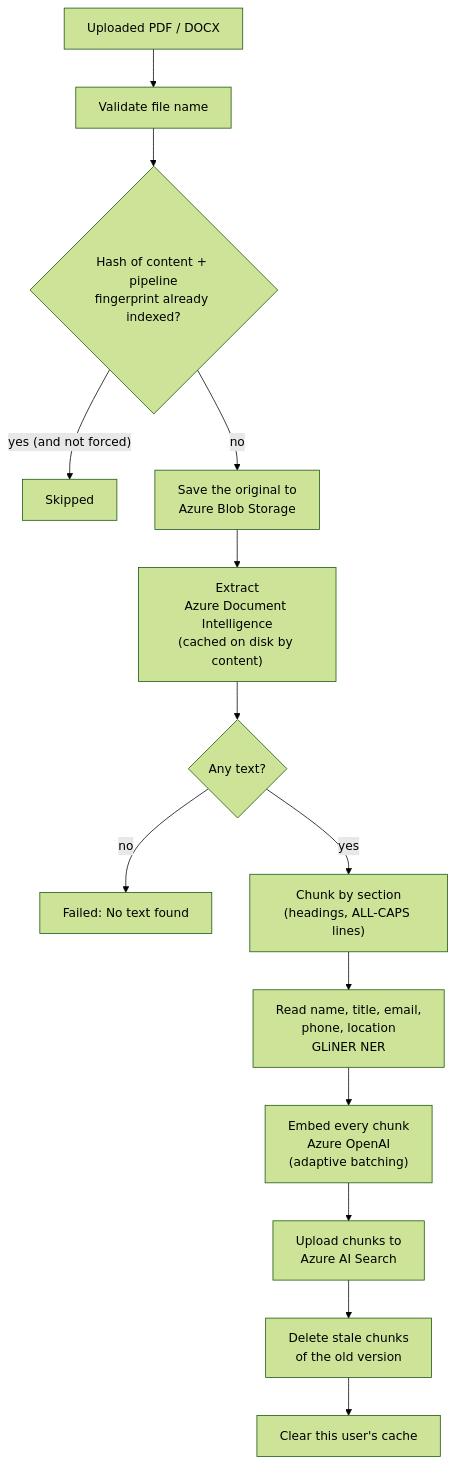
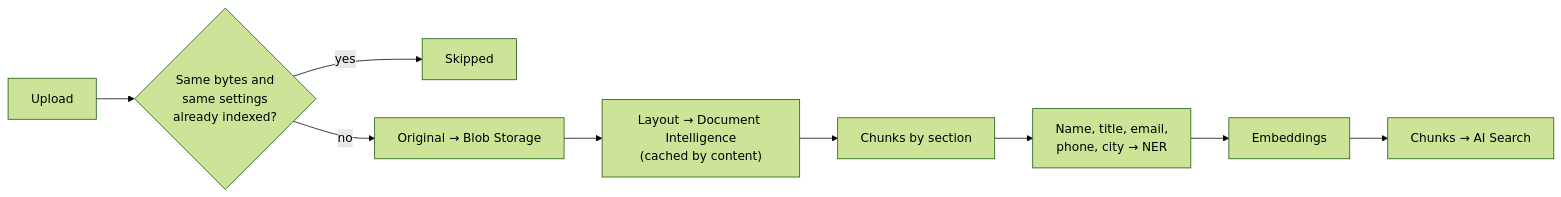
The first of 2 diagrams in README.md (sherif2004/chat-with-cv), drawn with Mermaid (forest theme) before and after one commit. The commit also changed other lines of this file, not shown here.

````diff
--- a/README.md
+++ b/README.md
@@ -114,16 +120,11 @@
 ```mermaid
-flowchart TD
-    A["Uploaded PDF / DOCX"] --> V["Validate file name"]
-    V --> H{"Hash of content + pipeline<br/>fingerprint already indexed?"}
-    H -- "yes (and not forced)" --> Z["Skipped"]
-    H -- no --> O["Save the original to<br/>Azure Blob Storage"]
-    O --> X["Extract<br/>Azure Document Intelligence<br/>(cached on disk by content)"]
-    X --> T{"Any text?"}
-    T -- no --> F["Failed: No text found"]
-    T -- yes --> C["Chunk by section<br/>(headings, ALL-CAPS lines)"]
-    C --> N["Read name, title, email,<br/>phone, location<br/>GLiNER NER"]
-    N --> E["Embed every chunk<br/>Azure OpenAI<br/>(adaptive batching)"]
-    E --> U["Upload chunks to<br/>Azure AI Search"]
-    U --> D["Delete stale chunks<br/>of the old version"]
-    D --> K["Clear this user's cache"]
+flowchart LR
+    U["Upload"] --> C{"Same bytes and<br/>same settings<br/>already indexed?"}
+    C -- yes --> S["Skipped"]
+    C -- no --> B["Original → Blob Storage"]
+    B --> L["Layout → Document Intelligence<br/>(cached by content)"]
+    L --> K["Chunks by section"]
+    K --> N["Name, title, email,<br/>phone, city → NER"]
+    N --> E["Embeddings"]
+    E --> I["Chunks → AI Search"]
 ```
````
